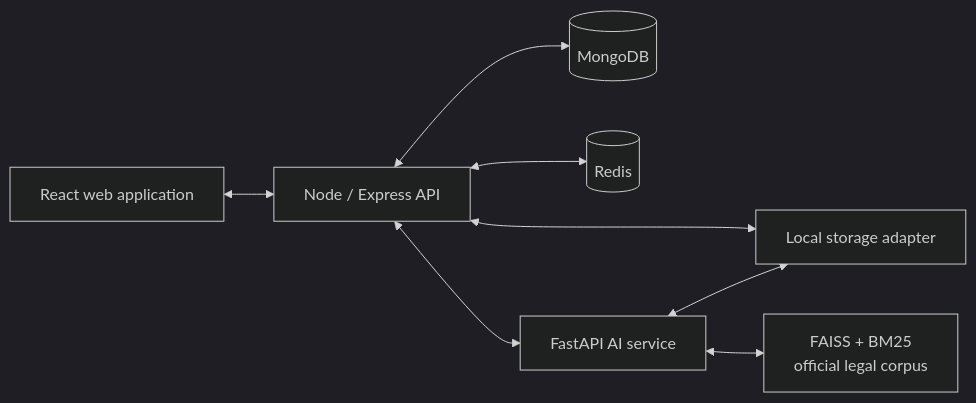
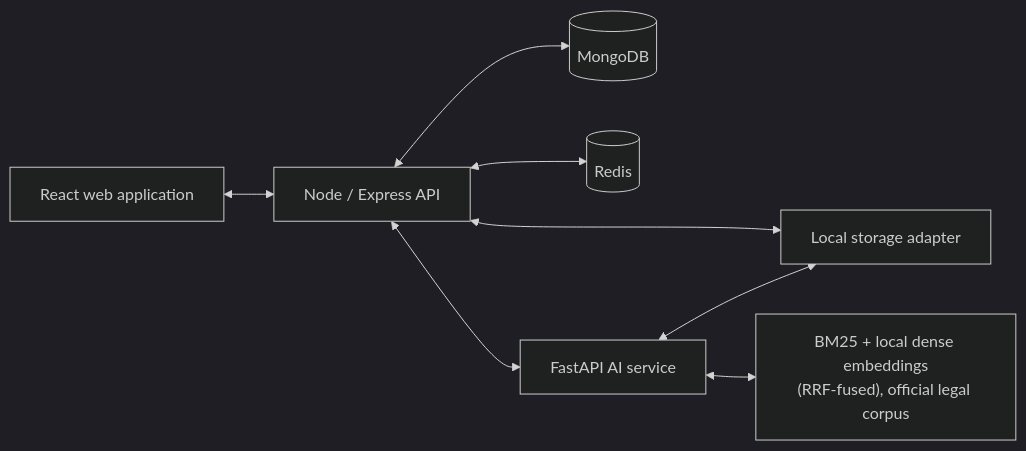
One commit to Solly2201/Capstone changed the first of 4 diagrams in docs/ARCHITECTURE.md. Above: the diagram before and after it, drawn with Mermaid (dark theme). The commit also changed other lines of this file and 19 other files, not shown here.

````diff
--- a/docs/ARCHITECTURE.md
+++ b/docs/ARCHITECTURE.md
@@ -5,10 +5,10 @@
 ```mermaid
 flowchart LR
   Web["React web application"] <--> Api["Node / Express API"]
   Api <--> Mongo[(MongoDB)]
   Api <--> Redis[(Redis)]
   Api <--> Files["Local storage adapter"]
   Api <--> Ai["FastAPI AI service"]
-  Ai <--> Index["FAISS + BM25\nofficial legal corpus"]
+  Ai <--> Index["BM25 + local dense embeddings\n(RRF-fused), official legal corpus"]
   Ai <--> Files
 ```
````
